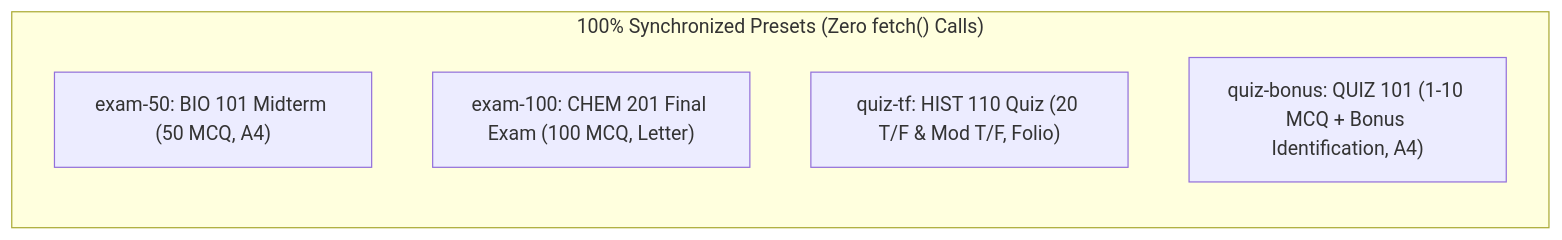
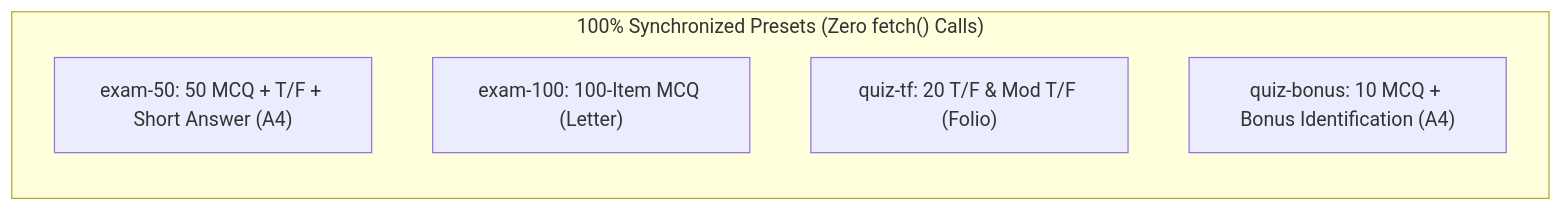
The third of 4 diagrams in DECISIONS.md (philsumabat/instructor-essentials), drawn with Mermaid before and after one commit. The commit also changed other lines of this file and 30 other files, not shown here.

Commit message:
feat: add exam generator, overhaul checker studio with dedicated answer key & sheet inspector, synchronize presets

````diff
--- a/DECISIONS.md
+++ b/DECISIONS.md
@@ -183,9 +185,9 @@
 ```mermaid
 flowchart LR
     subgraph Presets["100% Synchronized Presets (Zero fetch() Calls)"]
-        P1["exam-50: BIO 101 Midterm (50 MCQ, A4)"]
-        P2["exam-100: CHEM 201 Final Exam (100 MCQ, Letter)"]
-        P3["quiz-tf: HIST 110 Quiz (20 T/F & Mod T/F, Folio)"]
-        P4["quiz-bonus: QUIZ 101 (1-10 MCQ + Bonus Identification, A4)"]
+        P1["exam-50: 50 MCQ + T/F + Short Answer (A4)"]
+        P2["exam-100: 100-Item MCQ (Letter)"]
+        P3["quiz-tf: 20 T/F & Mod T/F (Folio)"]
+        P4["quiz-bonus: 10 MCQ + Bonus Identification (A4)"]
     end
 ```
````
